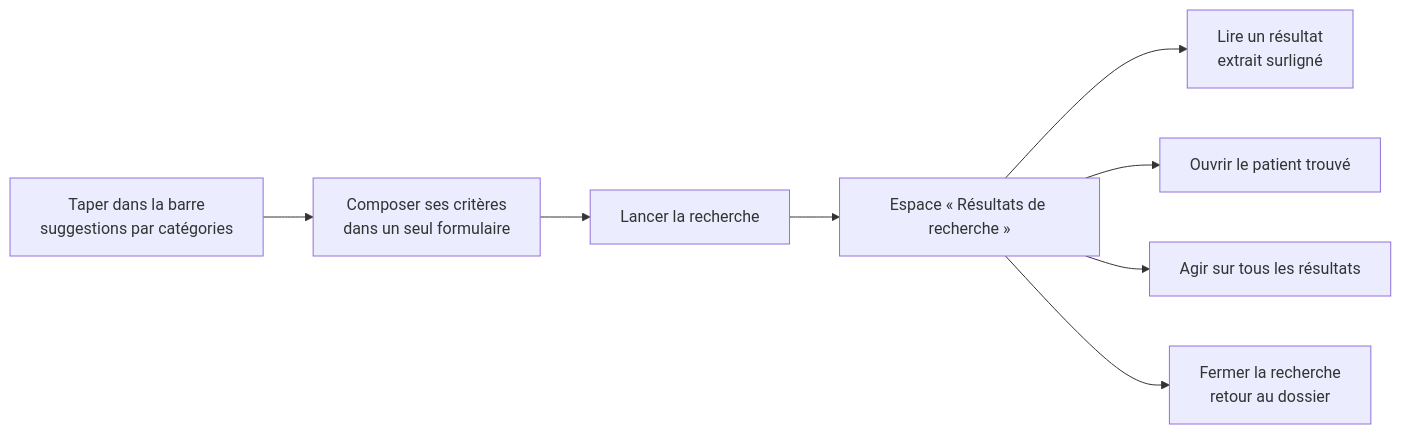
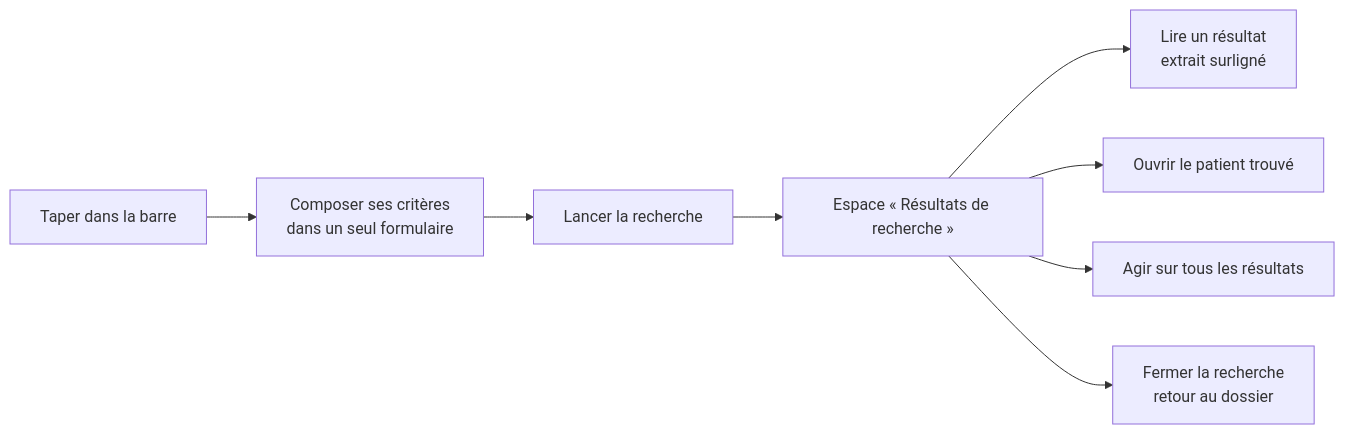
Before and after one commit to codengine-technologies/HealthPlatform.Forge: the diagram in Docs/epics/E023-experience-de-recherche.md, drawn with Mermaid. The commit also changed other lines of this file and 21 other files, not shown here.

````diff
--- a/Docs/epics/E023-experience-de-recherche.md
+++ b/Docs/epics/E023-experience-de-recherche.md
@@ -83,10 +83,10 @@
 ```mermaid
 flowchart LR
-    A[Taper dans la barre<br/>suggestions par catégories] --> B[Composer ses critères<br/>dans un seul formulaire]
+    A[Taper dans la barre] --> B[Composer ses critères<br/>dans un seul formulaire]
     B --> C[Lancer la recherche]
     C --> D[Espace « Résultats de recherche »]
     D --> E[Lire un résultat<br/>extrait surligné]
     D --> F[Ouvrir le patient trouvé]
     D --> H[Agir sur tous les résultats]
     D --> I[Fermer la recherche<br/>retour au dossier]
 ```
````
